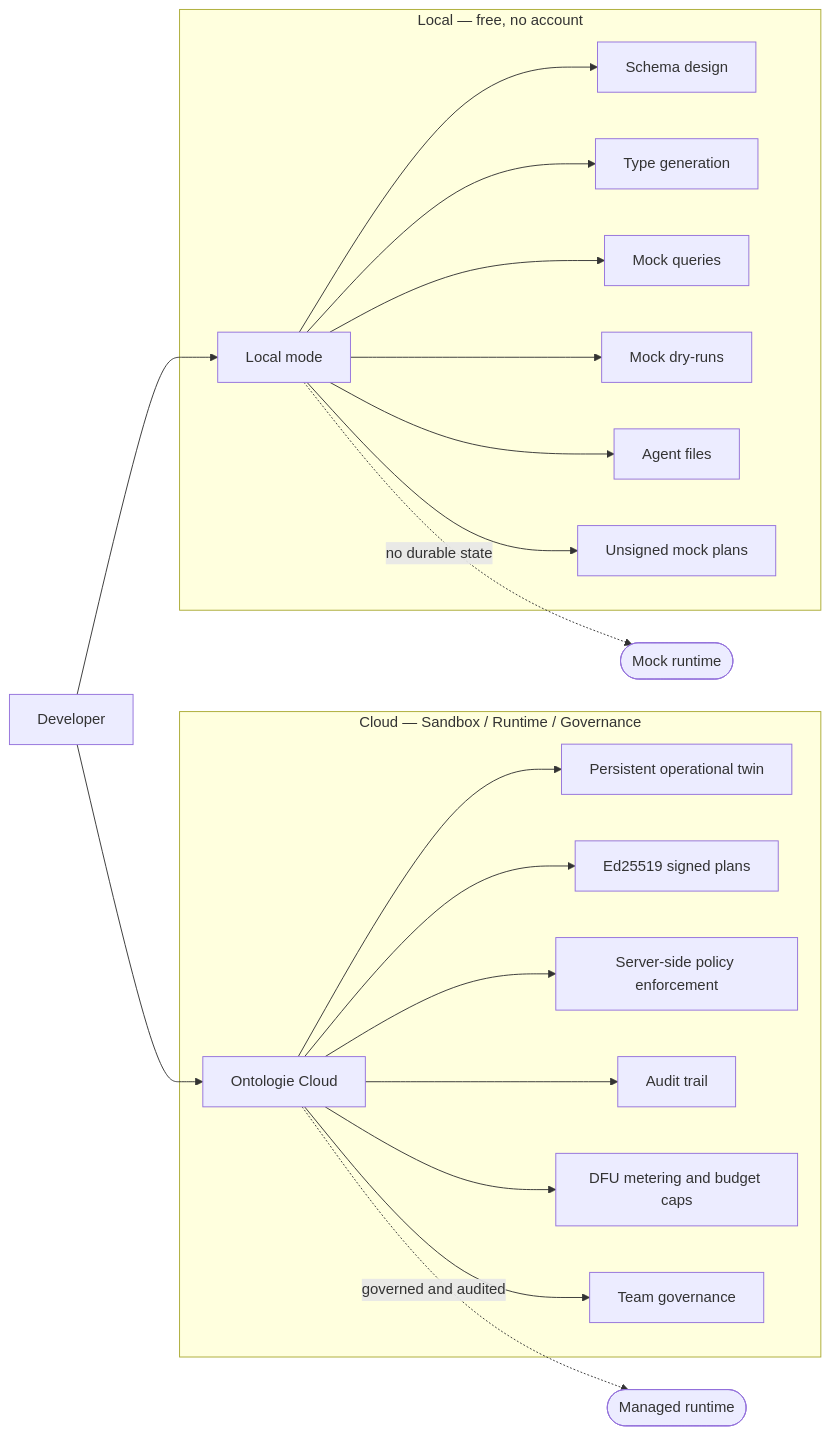
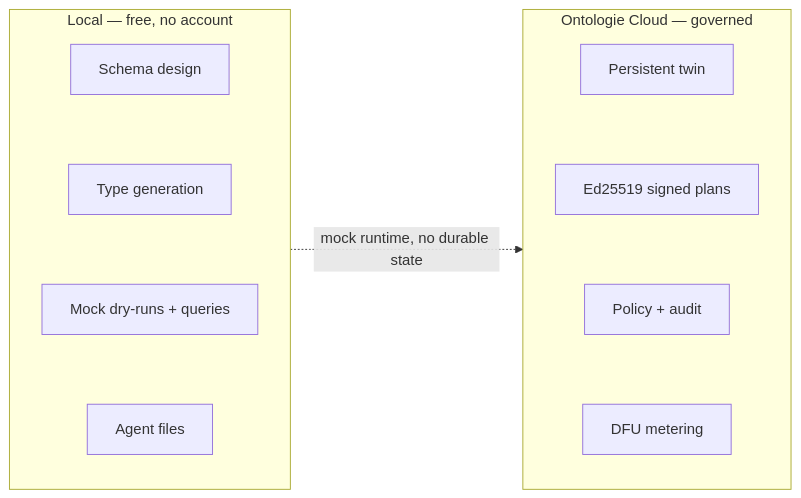
One commit to growthsystemes/ontologie-docs changed the fourth of 4 diagrams in README.md. Above: the diagram before and after it, drawn with Mermaid. The commit also changed other lines of this file, not shown here.

Commit message:
docs: flatten local-vs-cloud diagram + add plan lifecycle state diagram

````diff
--- a/README.md
+++ b/README.md
@@ -204,26 +223,12 @@
 ```mermaid
 flowchart LR
-  Dev["Developer"] --> Local["Local mode"]
-  Dev --> Cloud["Ontologie Cloud"]
-
-  subgraph L["Local — free, no account"]
-    Local --> L1["Schema design"]
-    Local --> L2["Type generation"]
-    Local --> L3["Mock queries"]
-    Local --> L4["Mock dry-runs"]
-    Local --> L5["Agent files"]
-    Local --> L6["Unsigned mock plans"]
+  subgraph Local["Local — free, no account"]
+    L1["Schema design"] ~~~ L2["Type generation"] ~~~ L3["Mock dry-runs + queries"] ~~~ L4["Agent files"]
   end
 
-  subgraph C["Cloud — Sandbox / Runtime / Governance"]
-    Cloud --> C1["Persistent operational twin"]
-    Cloud --> C2["Ed25519 signed plans"]
-    Cloud --> C3["Server-side policy enforcement"]
-    Cloud --> C4["Audit trail"]
-    Cloud --> C5["DFU metering and budget caps"]
-    Cloud --> C6["Team governance"]
+  subgraph Cloud["Ontologie Cloud — governed"]
+    C1["Persistent twin"] ~~~ C2["Ed25519 signed plans"] ~~~ C3["Policy + audit"] ~~~ C4["DFU metering"]
   end
 
-  Local -. "no durable state" .-> Mock(["Mock runtime"])
-  Cloud -. "governed and audited" .-> Prod(["Managed runtime"])
+  Local -. "mock runtime, no durable state" .-> Cloud
 ```
````
